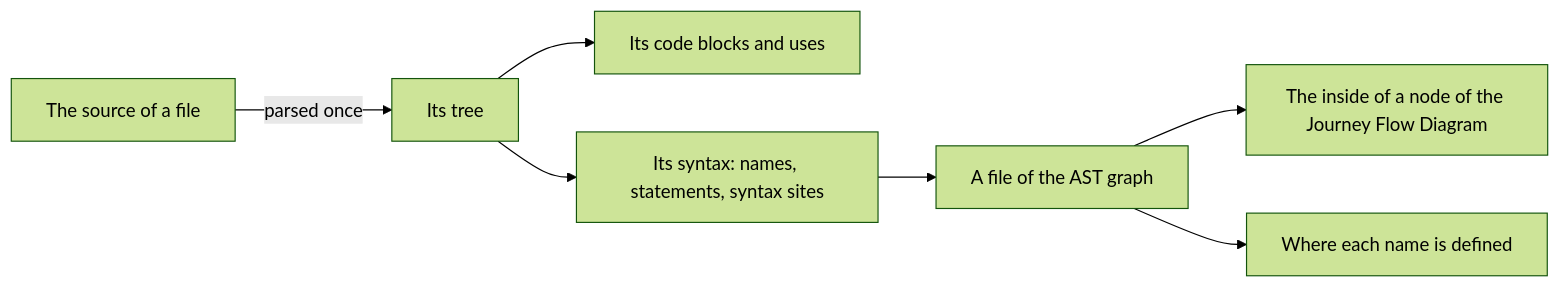
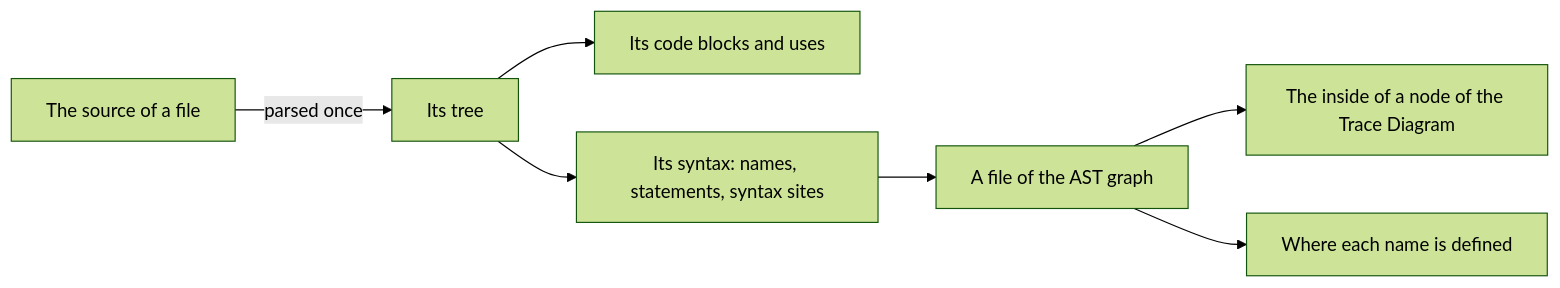
Before and after one commit to kidlat-dakila/flight-plan: the first of 2 diagrams in docs/vocabulary/codegraph/ast-graph.md, drawn with Mermaid (forest theme). The commit also changed other lines of this file and 303 other files, not shown here.

Commit message:
refactor: rename the Journey Flow Diagram to the Trace Diagram and the segment parts to traceDiagram and blastDiagram

````diff
--- a/docs/vocabulary/codegraph/ast-graph.md
+++ b/docs/vocabulary/codegraph/ast-graph.md
@@ -9,9 +9,9 @@
 ```mermaid
 flowchart LR
   source["The source of a file"] -->|parsed once| tree["Its tree"]
   tree --> blocks["Its code blocks and uses"]
   tree --> syntax["Its syntax: names, statements, syntax sites"]
   syntax --> file["A file of the AST graph"]
-  file --> journey["The inside of a node of the Journey Flow Diagram"]
+  file --> trace["The inside of a node of the Trace Diagram"]
   file --> references["Where each name is defined"]
 ```
````
